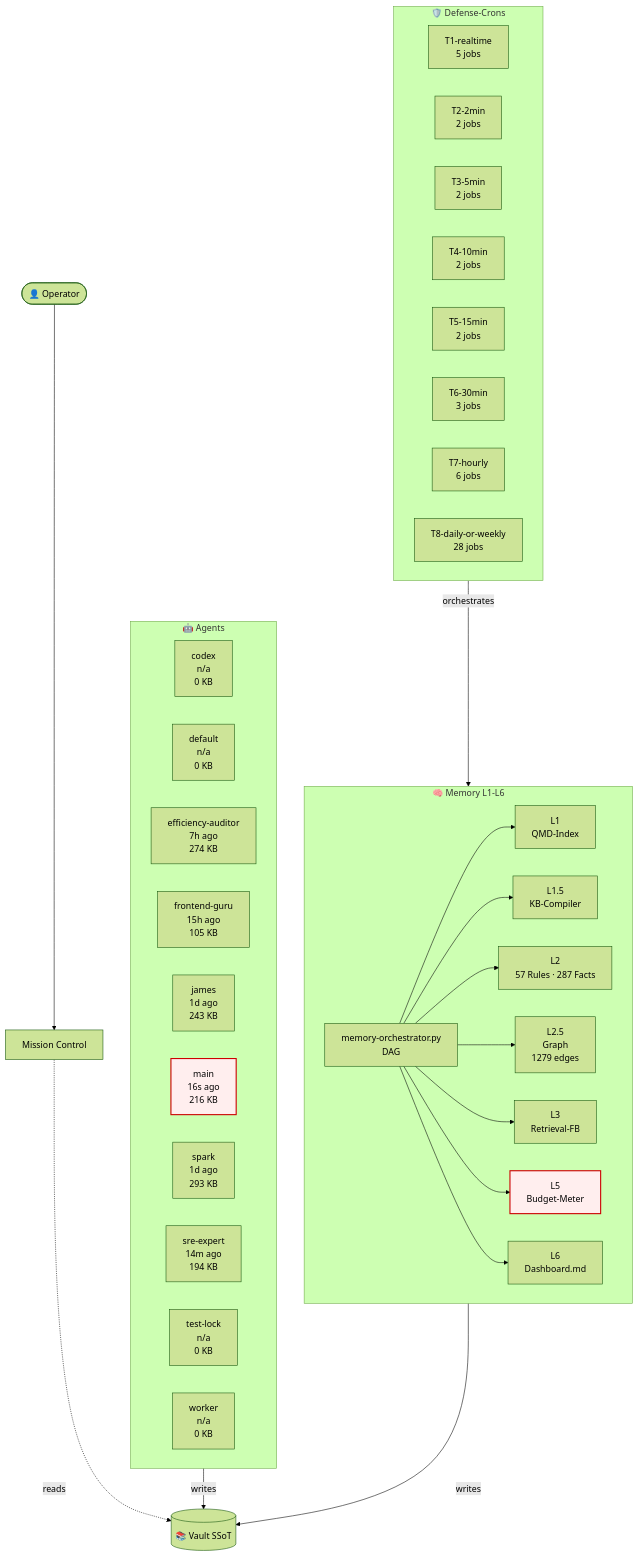
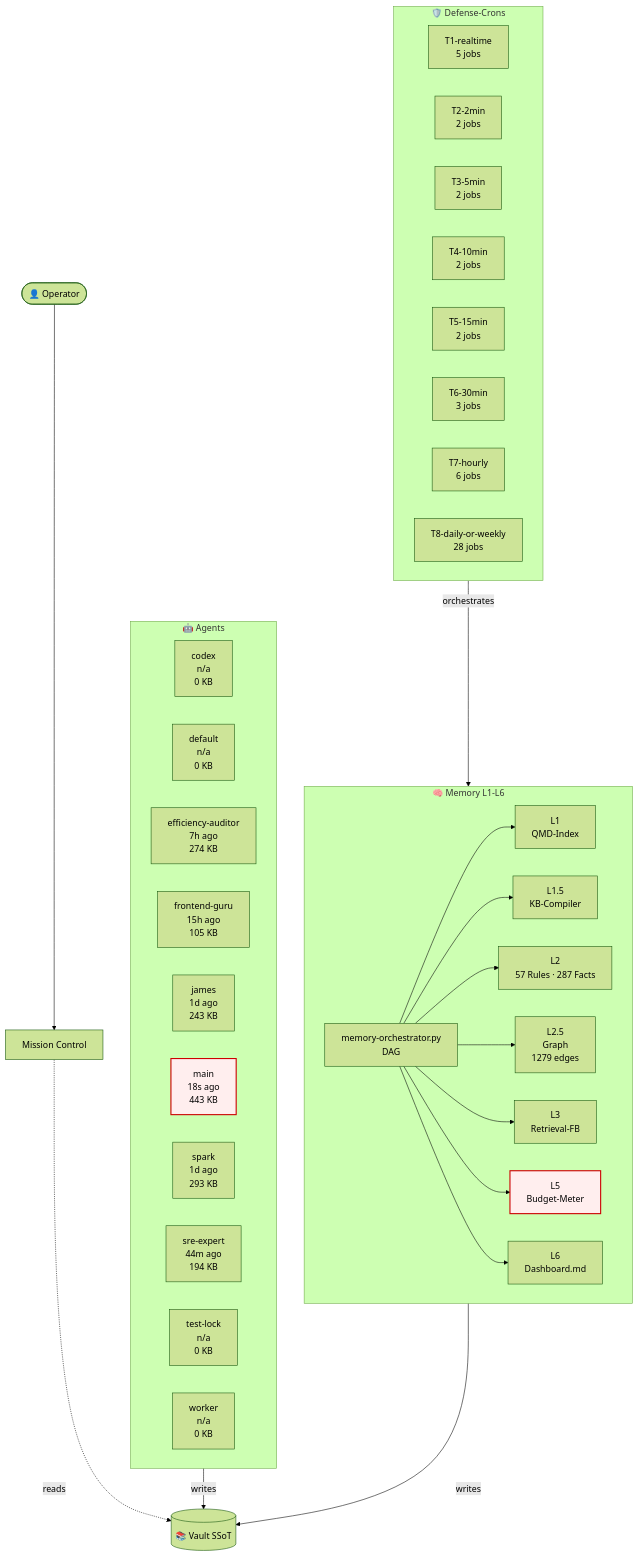
One commit to lenardhuebner88-rgb/openclaw-memory changed the diagram in 03-Agents/architecture-live.md. Above: the diagram before and after it, drawn with Mermaid (forest theme). The commit also changed other lines of this file and 3 other files, not shown here.

````diff
--- a/03-Agents/architecture-live.md
+++ b/03-Agents/architecture-live.md
@@ -18,53 +18,53 @@
 ```mermaid
 flowchart TB
     classDef critical fill:#fee,stroke:#c00,stroke-width:2px;
     subgraph AGT["🤖 Agents"]
         agent_codex["codex<br/>n/a<br/>0 KB"]
         agent_default["default<br/>n/a<br/>0 KB"]
         agent_efficiency_auditor["efficiency-auditor<br/>7h ago<br/>274 KB"]
         agent_frontend_guru["frontend-guru<br/>15h ago<br/>105 KB"]
         agent_james["james<br/>1d ago<br/>243 KB"]
-        agent_main["main<br/>16s ago<br/>216 KB"]
+        agent_main["main<br/>18s ago<br/>443 KB"]
         agent_spark["spark<br/>1d ago<br/>293 KB"]
-        agent_sre_expert["sre-expert<br/>14m ago<br/>194 KB"]
+        agent_sre_expert["sre-expert<br/>44m ago<br/>194 KB"]
         agent_test_lock["test-lock<br/>n/a<br/>0 KB"]
         agent_worker["worker<br/>n/a<br/>0 KB"]
     end
     subgraph MEM["🧠 Memory L1-L6"]
         L1["L1<br/>QMD-Index"]
         L15["L1.5<br/>KB-Compiler"]
         L2["L2<br/>57 Rules · 287 Facts"]
         L25["L2.5<br/>Graph<br/>1279 edges"]
         L3["L3<br/>Retrieval-FB"]
         L5["L5<br/>Budget-Meter"]
         L6["L6<br/>Dashboard.md"]
         ORCH["memory-orchestrator.py<br/>DAG"]
     end
     subgraph CRN["🛡️ Defense-Crons"]
         tier_T1_realtime["T1-realtime<br/>5 jobs"]
         tier_T2_2min["T2-2min<br/>2 jobs"]
         tier_T3_5min["T3-5min<br/>2 jobs"]
         tier_T4_10min["T4-10min<br/>2 jobs"]
         tier_T5_15min["T5-15min<br/>2 jobs"]
         tier_T6_30min["T6-30min<br/>3 jobs"]
         tier_T7_hourly["T7-hourly<br/>6 jobs"]
         tier_T8_daily_or_weekly["T8-daily-or-weekly<br/>28 jobs"]
     end
     VAULT[("📚 Vault SSoT")]
     OP([👤 Operator])
     MC["Mission Control"]
     OP --> MC
     MC -.reads.-> VAULT
     AGT -->|writes| VAULT
     MEM -->|writes| VAULT
     ORCH --> L1
     ORCH --> L15
     ORCH --> L2
     ORCH --> L25
     ORCH --> L3
     ORCH --> L5
     ORCH --> L6
     CRN -->|orchestrates| MEM
     class L5 critical
     class agent_main critical
 ```
````
